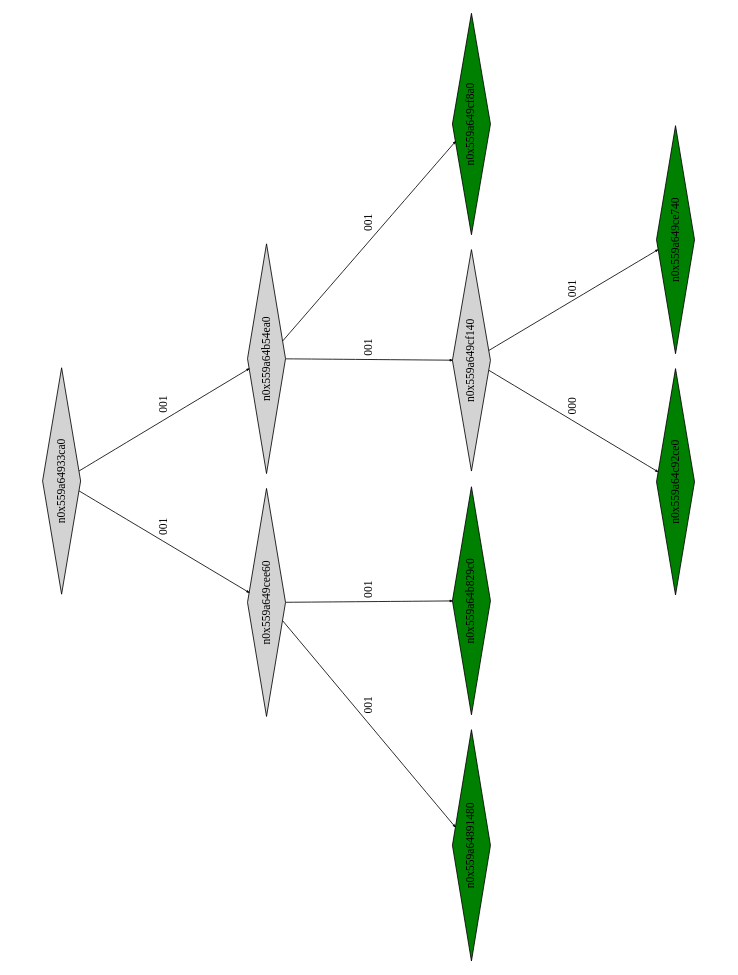
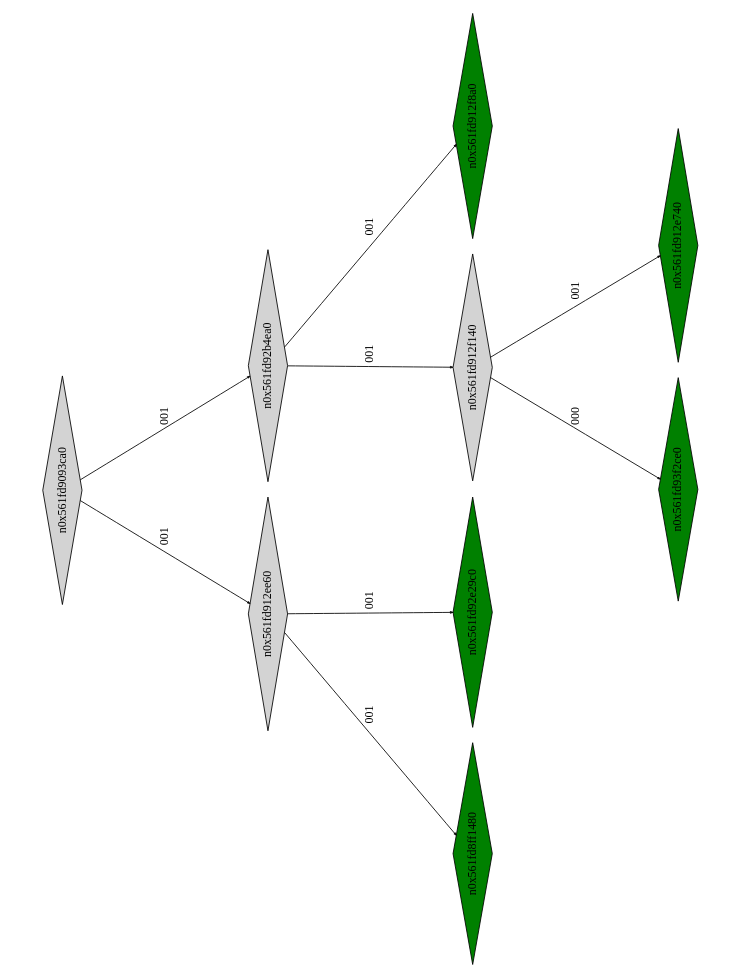
The diagram in montyhall_klee_out/ptree_00001040.dot (Research-Tools-PAVT/PSE-Program-Examples), drawn with Graphviz before and after one commit. The commit also changed 41 other files, not shown here.

```diff
--- a/montyhall_klee_out/ptree_00001040.dot
+++ b/montyhall_klee_out/ptree_00001040.dot
@@ -1,25 +1,25 @@
 digraph G {
 	size="10,7.5";
 	ratio=fill;
 	rotate=90;
 	center = "true";
 	node [style="filled",width=.1,height=.1,fontname="Terminus"]
 	edge [arrowsize=.3]
-	n0x559a64933ca0 [shape=diamond];
-	n0x559a64933ca0 -> n0x559a649cee60 [label=001];
-	n0x559a64933ca0 -> n0x559a64b54ea0 [label=001];
-	n0x559a64b54ea0 [shape=diamond];
-	n0x559a64b54ea0 -> n0x559a649cf140 [label=001];
-	n0x559a64b54ea0 -> n0x559a649cf8a0 [label=001];
-	n0x559a649cf8a0 [shape=diamond,fillcolor=green];
-	n0x559a649cf140 [shape=diamond];
-	n0x559a649cf140 -> n0x559a64c92ce0 [label=000];
-	n0x559a649cf140 -> n0x559a649ce740 [label=001];
-	n0x559a649ce740 [shape=diamond,fillcolor=green];
-	n0x559a64c92ce0 [shape=diamond,fillcolor=green];
-	n0x559a649cee60 [shape=diamond];
-	n0x559a649cee60 -> n0x559a64891480 [label=001];
-	n0x559a649cee60 -> n0x559a64b829c0 [label=001];
-	n0x559a64b829c0 [shape=diamond,fillcolor=green];
-	n0x559a64891480 [shape=diamond,fillcolor=green];
+	n0x561fd9093ca0 [shape=diamond];
+	n0x561fd9093ca0 -> n0x561fd912ee60 [label=001];
+	n0x561fd9093ca0 -> n0x561fd92b4ea0 [label=001];
+	n0x561fd92b4ea0 [shape=diamond];
+	n0x561fd92b4ea0 -> n0x561fd912f140 [label=001];
+	n0x561fd92b4ea0 -> n0x561fd912f8a0 [label=001];
+	n0x561fd912f8a0 [shape=diamond,fillcolor=green];
+	n0x561fd912f140 [shape=diamond];
+	n0x561fd912f140 -> n0x561fd93f2ce0 [label=000];
+	n0x561fd912f140 -> n0x561fd912e740 [label=001];
+	n0x561fd912e740 [shape=diamond,fillcolor=green];
+	n0x561fd93f2ce0 [shape=diamond,fillcolor=green];
+	n0x561fd912ee60 [shape=diamond];
+	n0x561fd912ee60 -> n0x561fd8ff1480 [label=001];
+	n0x561fd912ee60 -> n0x561fd92e29c0 [label=001];
+	n0x561fd92e29c0 [shape=diamond,fillcolor=green];
+	n0x561fd8ff1480 [shape=diamond,fillcolor=green];
 }
```
